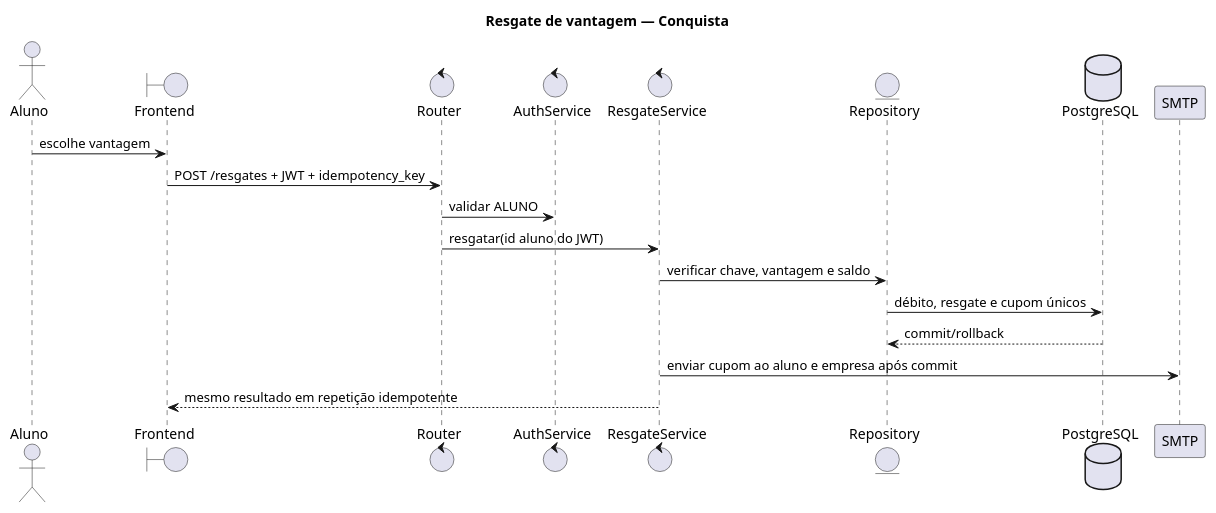
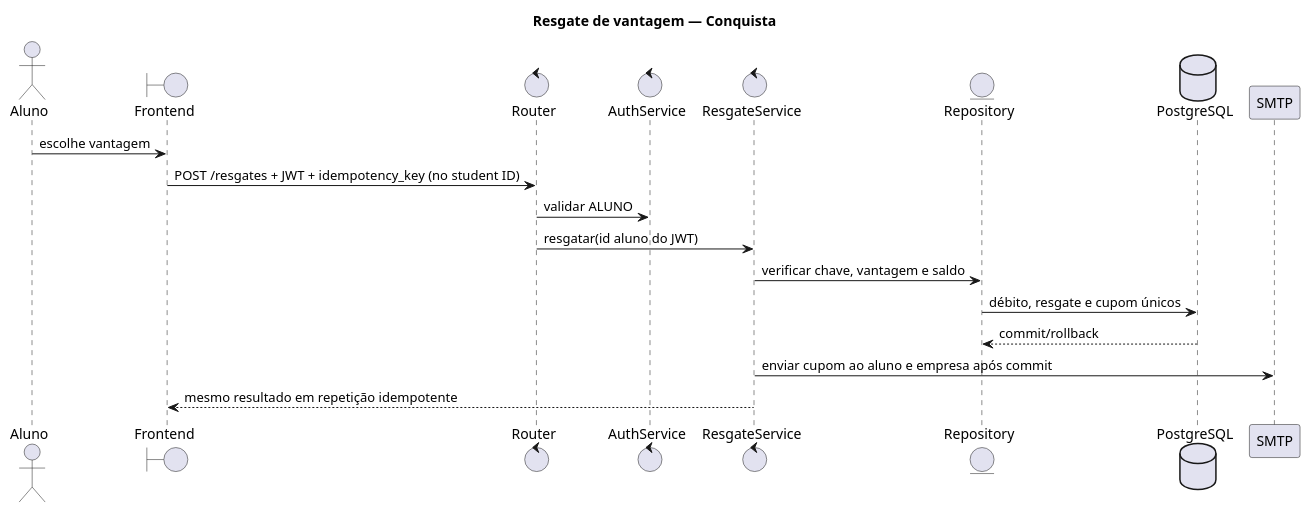
Before and after one commit to gusLeonardi/moeda-estudantil: the diagram in docs/modelagem/lab04-seq-resgate.puml, drawn with PlantUML. The commit also changed 43 other files, not shown here.

```diff
--- a/docs/modelagem/lab04-seq-resgate.puml
+++ b/docs/modelagem/lab04-seq-resgate.puml
@@ -1,20 +1,20 @@
 @startuml
 title Resgate de vantagem — Conquista
 actor Aluno
 boundary Frontend
 control Router
 control AuthService
 control ResgateService
 entity Repository
 database PostgreSQL
 participant SMTP
 Aluno -> Frontend: escolhe vantagem
-Frontend -> Router: POST /resgates + JWT + idempotency_key
+Frontend -> Router: POST /resgates + JWT + idempotency_key (no student ID)
 Router -> AuthService: validar ALUNO
 Router -> ResgateService: resgatar(id aluno do JWT)
 ResgateService -> Repository: verificar chave, vantagem e saldo
 Repository -> PostgreSQL: débito, resgate e cupom únicos
 PostgreSQL --> Repository: commit/rollback
 ResgateService -> SMTP: enviar cupom ao aluno e empresa após commit
 ResgateService --> Frontend: mesmo resultado em repetição idempotente
 @enduml
```
